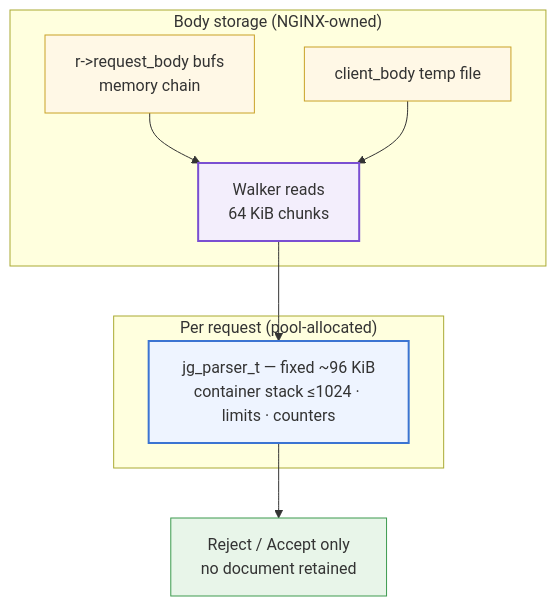
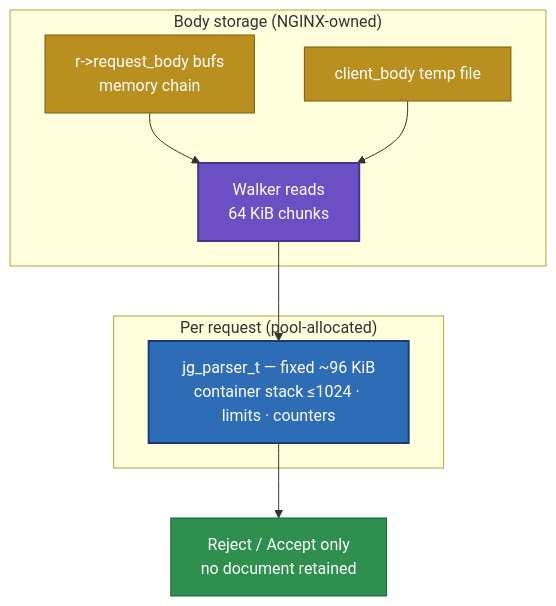
The second of 2 diagrams in docs-site/docs/intro/architecture.md (Vulcanite/ngx_json_guard), drawn with Mermaid before and after one commit. The commit also changed 3 other files, not shown here.

Commit message:
Fix dark-mode Mermaid readability: theme-agnostic node colors, drop shared themeVariables

````diff
--- a/docs-site/docs/intro/architecture.md
+++ b/docs-site/docs/intro/architecture.md
@@ -66,17 +66,17 @@
 ```mermaid
 flowchart TB
     subgraph per_request["Per request (pool-allocated)"]
         S["jg_parser_t — fixed ~96 KiB<br/>container stack ≤1024 · limits · counters"]
     end
     subgraph body["Body storage (NGINX-owned)"]
         B1["r->request_body bufs<br/>memory chain"] --> W
         B2["client_body temp file"] --> W["Walker reads<br/>64 KiB chunks"]
     end
     W --> S
     S --> O["Reject / Accept only<br/>no document retained"]
-    style S fill:#eef4ff,stroke:#3b74d2,stroke-width:2px
-    style W fill:#f3eefc,stroke:#7a4fd2,stroke-width:2px
-    style O fill:#e8f5e9,stroke:#3d9a4f
-    style B1 fill:#fff8e6,stroke:#c9a227
-    style B2 fill:#fff8e6,stroke:#c9a227
+    style S fill:#2e6db5,stroke:#173d75,color:#ffffff,stroke-width:2px
+    style W fill:#6d4fc4,stroke:#4a3389,color:#ffffff,stroke-width:2px
+    style O fill:#2f8f4e,stroke:#1c5c31,color:#ffffff
+    style B1 fill:#b98f1f,stroke:#7a5f13,color:#ffffff
+    style B2 fill:#b98f1f,stroke:#7a5f13,color:#ffffff
 ```
````
